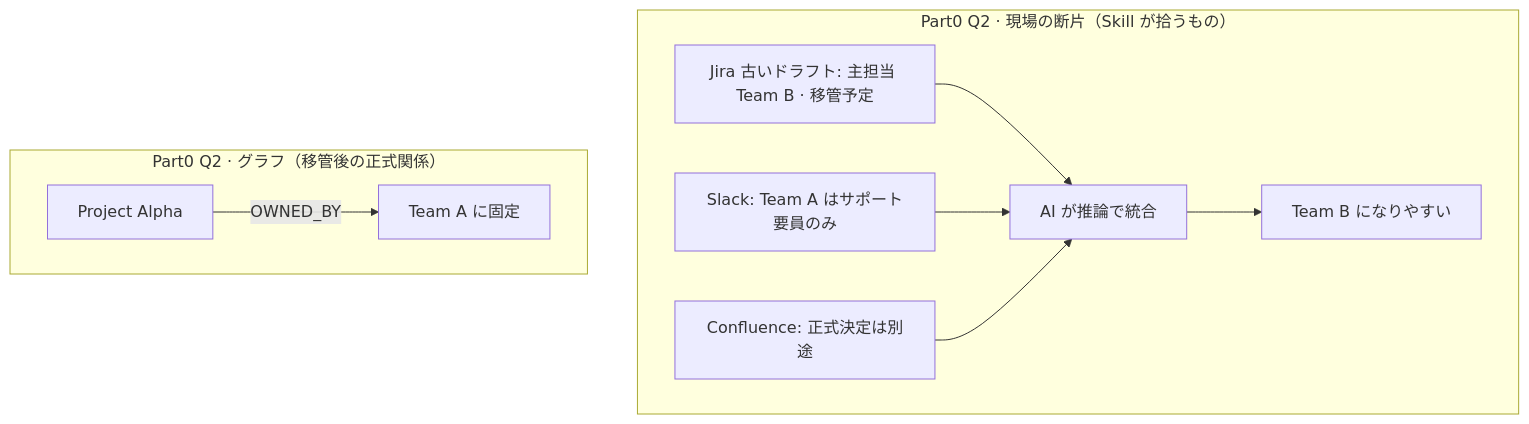
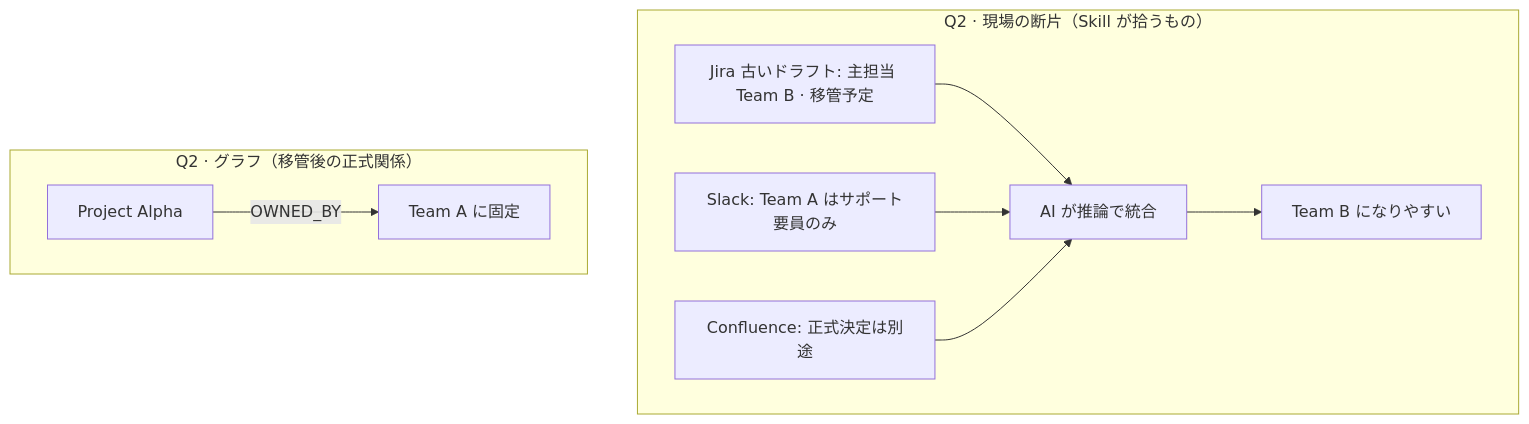
Before and after one commit to DevRev-JP/tech-blog: the third of 6 diagrams in articles/kg-puzzle-agent-langgraph.md, drawn with Mermaid. The commit also changed other lines of this file and 1 other file, not shown here.

First line of the commit message:
Update kg-puzzle-agent-langgraph: Part0 初出整理と読後インサイト (#35)

````diff
--- a/articles/kg-puzzle-agent-langgraph.md
+++ b/articles/kg-puzzle-agent-langgraph.md
@@ -158,14 +166,14 @@
 ```mermaid
 flowchart TB
-  subgraph q2_fragments["Part0 Q2 · 現場の断片（Skill が拾うもの）"]
+  subgraph q2_fragments["Q2 · 現場の断片（Skill が拾うもの）"]
     f1["Jira 古いドラフト: 主担当 Team B · 移管予定"]
     f2["Slack: Team A はサポート要員のみ"]
     f3["Confluence: 正式決定は別途"]
     f1 & f2 & f3 --> guess[AI が推論で統合]
     guess --> ans_a["Team B になりやすい"]
   end
 
-  subgraph q2_graph["Part0 Q2 · グラフ（移管後の正式関係）"]
+  subgraph q2_graph["Q2 · グラフ（移管後の正式関係）"]
     alpha[Project Alpha] -->|OWNED_BY| teamA[Team A に固定]
   end
 ```
````
